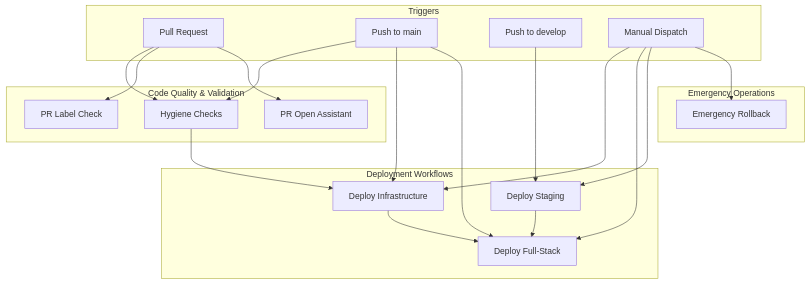
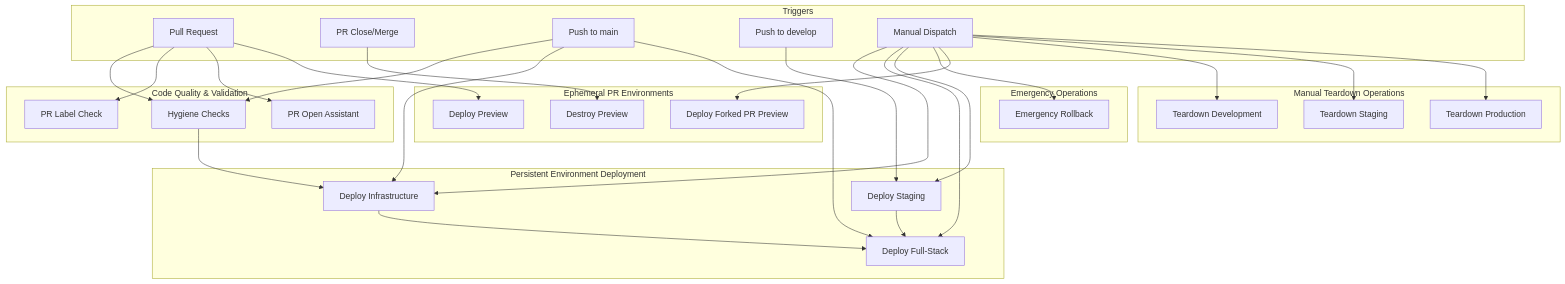
Before and after one commit to RussOakham/macro-ai: the first of 11 diagrams in docs/ci-cd/github-workflows-overview.md, drawn with Mermaid. The commit also changed other lines of this file and 14 other files, not shown here.

Commit message:
feat(deployments): ephermal PR deploments and manual tear downs

````diff
--- a/docs/ci-cd/github-workflows-overview.md
+++ b/docs/ci-cd/github-workflows-overview.md
@@ -14,44 +14,67 @@
 ```mermaid
 graph TB
     subgraph "Code Quality & Validation"
         HYGIENE[Hygiene Checks]
         LABEL_CHECK[PR Label Check]
         LABEL_OPEN[PR Open Assistant]
     end
 
-    subgraph "Deployment Workflows"
+    subgraph "Ephemeral PR Environments"
+        DEPLOY_PREVIEW[Deploy Preview]
+        DESTROY_PREVIEW[Destroy Preview]
+        DEPLOY_FORKED[Deploy Forked PR Preview]
+    end
+
+    subgraph "Persistent Environment Deployment"
         INFRA[Deploy Infrastructure]
         FULL_STACK[Deploy Full-Stack]
         STAGING[Deploy Staging]
+    end
+
+    subgraph "Manual Teardown Operations"
+        TEARDOWN_DEV[Teardown Development]
+        TEARDOWN_STAGING[Teardown Staging]
+        TEARDOWN_PROD[Teardown Production]
     end
 
     subgraph "Emergency Operations"
         ROLLBACK[Emergency Rollback]
     end
 
     subgraph "Triggers"
         PR[Pull Request]
+        PR_CLOSE[PR Close/Merge]
         PUSH_MAIN[Push to main]
         PUSH_DEV[Push to develop]
         MANUAL[Manual Dispatch]
     end
 
+    %% PR Environment Lifecycle
     PR --> HYGIENE
     PR --> LABEL_CHECK
     PR --> LABEL_OPEN
+    PR --> DEPLOY_PREVIEW
+    PR_CLOSE --> DESTROY_PREVIEW
 
+    %% Persistent Environment Deployments
     PUSH_MAIN --> HYGIENE
     PUSH_MAIN --> INFRA
     PUSH_MAIN --> FULL_STACK
 
     PUSH_DEV --> STAGING
 
+    %% Manual Operations
     MANUAL --> INFRA
     MANUAL --> FULL_STACK
     MANUAL --> STAGING
     MANUAL --> ROLLBACK
+    MANUAL --> DEPLOY_FORKED
+    MANUAL --> TEARDOWN_DEV
+    MANUAL --> TEARDOWN_STAGING
+    MANUAL --> TEARDOWN_PROD
 
+    %% Workflow Dependencies
     HYGIENE --> INFRA
     INFRA --> FULL_STACK
     STAGING --> FULL_STACK
 ```
````
